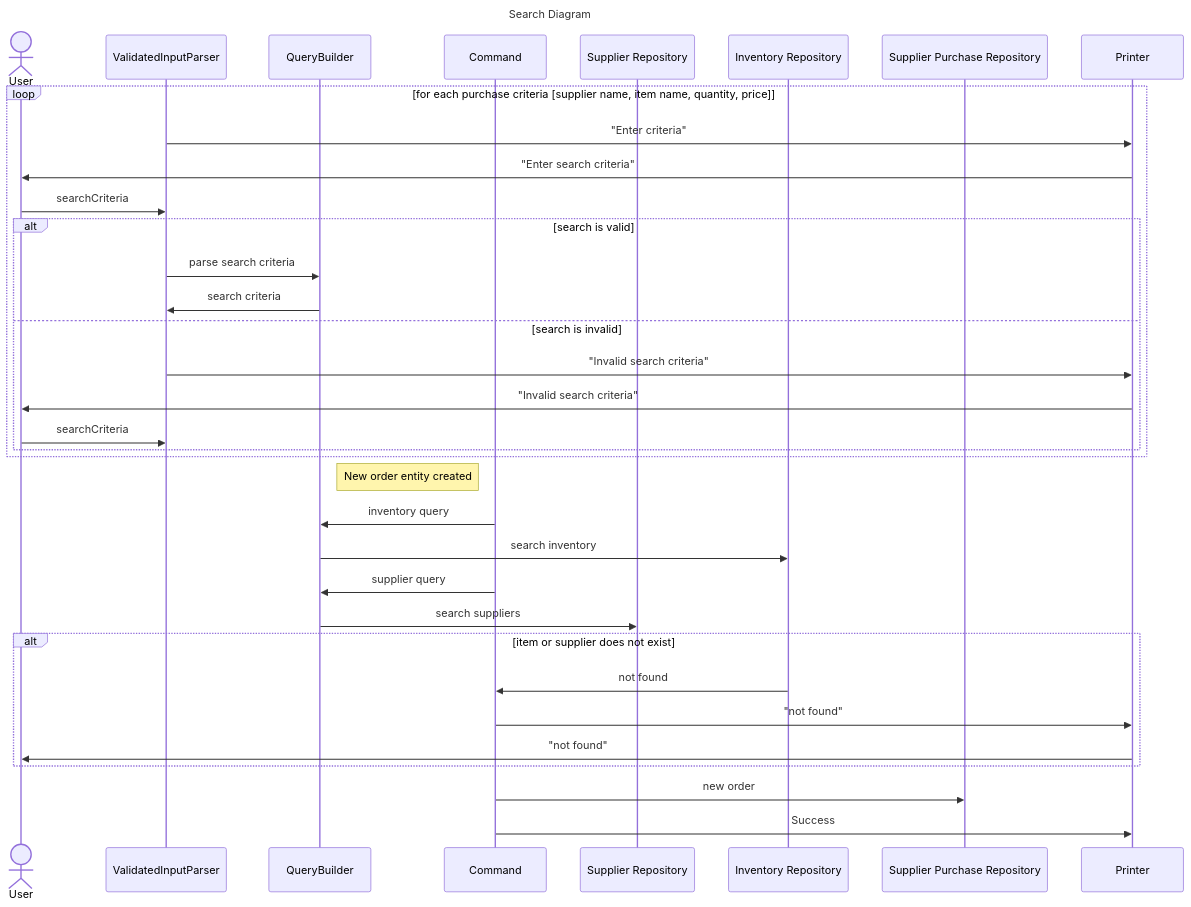
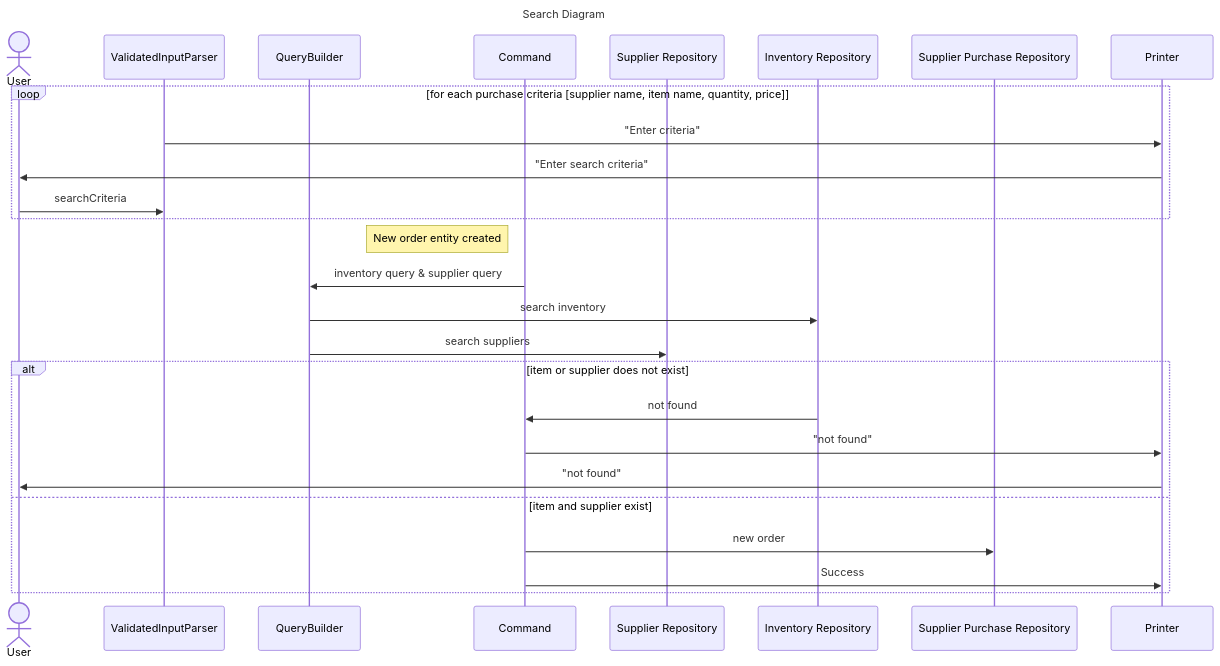
The diagram in design/orderStockSequence.mermaid (TeddyPutus/warehouseManagementSystem), drawn with Mermaid before and after one commit. The commit also changed 2 other files, not shown here.

Commit message:
stock order sequence

```diff
--- a/design/orderStockSequence.mermaid
+++ b/design/orderStockSequence.mermaid
@@ -1,41 +1,32 @@
 ---
 title: Search Diagram
 ---
 
 sequenceDiagram
     actor u as User
     participant i as ValidatedInputParser
     participant q as QueryBuilder
     participant c as Command
     participant sr as Supplier Repository
     participant ir as Inventory Repository
     participant spr as Supplier Purchase Repository
     participant p as Printer
 
     loop for each purchase criteria [supplier name, item name, quantity, price]
         i ->> p: "Enter criteria"
         p ->> u: "Enter search criteria"
         u ->> i: searchCriteria
-
-        alt search is valid
-            i ->> q: parse search criteria
-            q ->> i: search criteria
-        else search is invalid
-            i ->> p: "Invalid search criteria"
-            p ->> u: "Invalid search criteria"
-            u ->> i: searchCriteria
-        end
     end
 
     note left of c: New order entity created
-    c ->> q: inventory query
+    c ->> q: inventory query & supplier query
     q ->> ir: search inventory
-    c ->> q: supplier query
     q ->> sr: search suppliers
     alt item or supplier does not exist
         ir ->> c: not found
         c ->> p: "not found"
         p ->> u: "not found"
+    else item and supplier exist
+        c ->> spr: new order
+        c ->> p: Success
     end
-    c->>spr: new order
-    c->>p: Success
```
